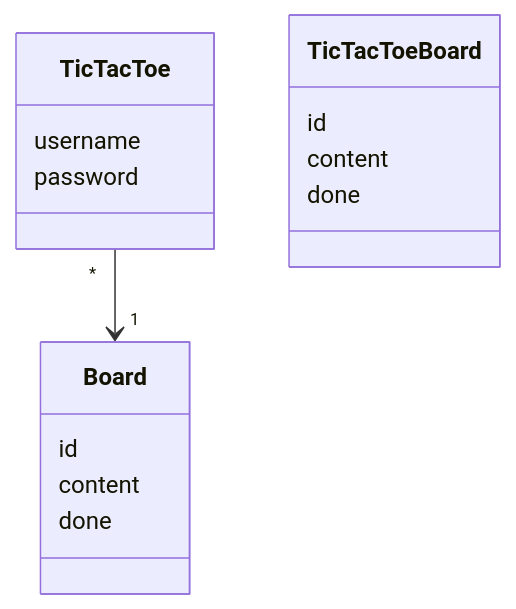
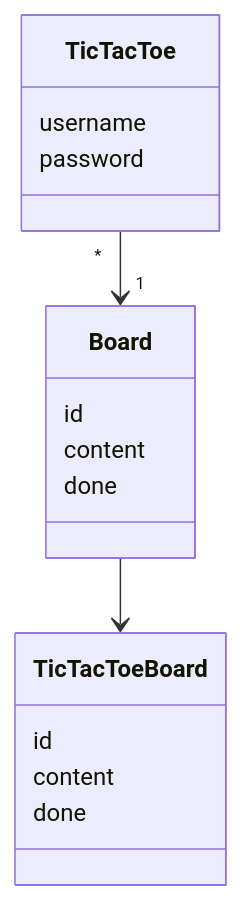
Before and after one commit to TatuSorjonen/ot-harjoitustyo: the first of 2 diagrams in maarittelydokumentti/arkkitehtuuri.md, drawn with Mermaid.

````diff
--- a/maarittelydokumentti/arkkitehtuuri.md
+++ b/maarittelydokumentti/arkkitehtuuri.md
@@ -1,18 +1,19 @@
 ```mermaid
  classDiagram
       TicTacToe "*" --> "1"  Board
+      Board --> TicTacToeBoard
       class TicTacToe{
           username
           password
       }
       class Board{
           id
           content
           done
       }
       class TicTacToeBoard{
           id
           content
           done
       }
 ```
````
